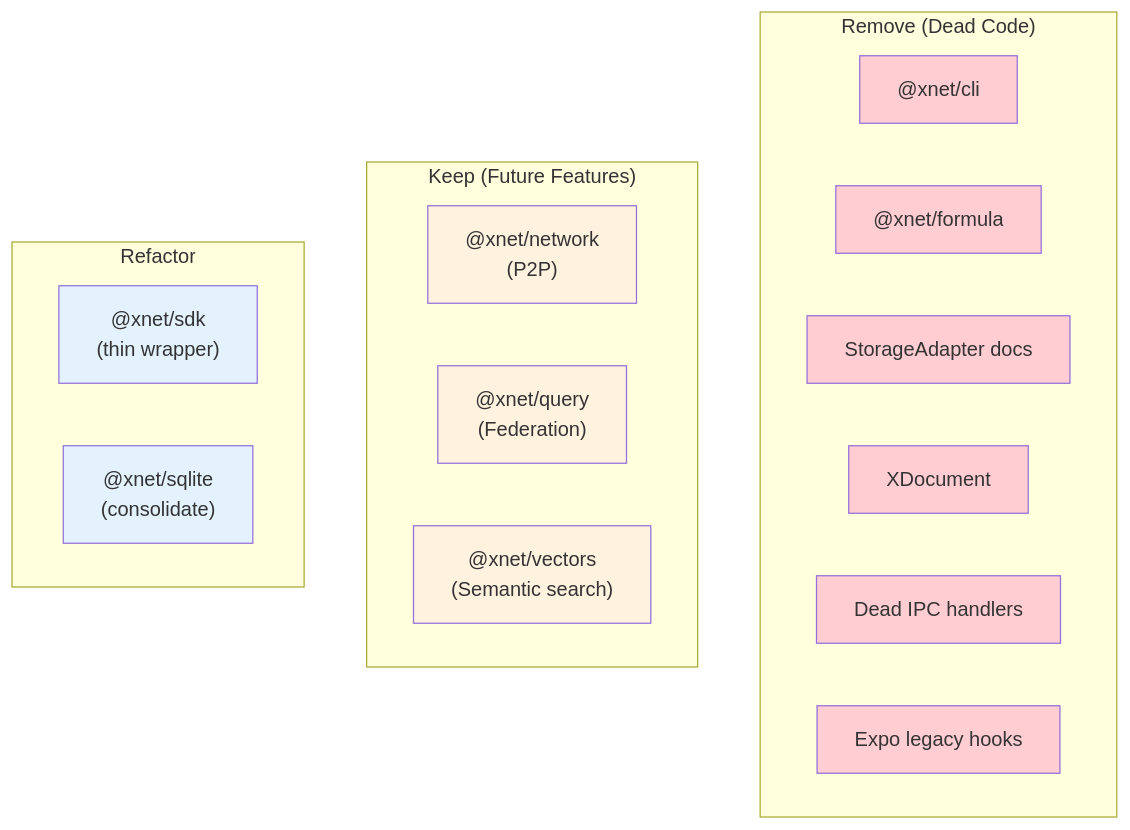
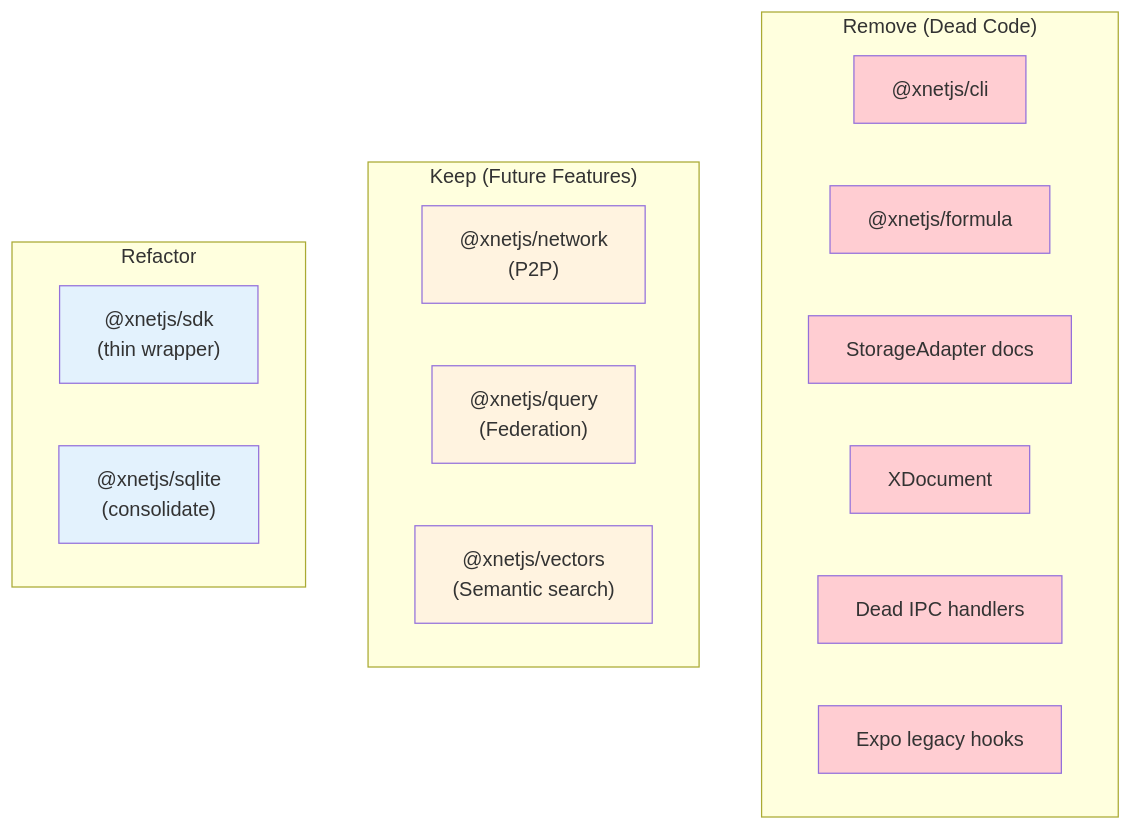
Before and after one commit to crs48/xNet: the first of 7 diagrams in docs/explorations/0073_[-]_STORAGEADAPTER_REMOVAL.md, drawn with Mermaid. The commit also changed other lines of this file and 980 other files, not shown here.

````diff
--- a/docs/explorations/0073_[-]_STORAGEADAPTER_REMOVAL.md
+++ b/docs/explorations/0073_[-]_STORAGEADAPTER_REMOVAL.md
@@ -23,34 +23,34 @@
 ```mermaid
 flowchart TB
     subgraph Remove["Remove (Dead Code)"]
-        R1["@xnet/cli"]
-        R2["@xnet/formula"]
+        R1["@xnetjs/cli"]
+        R2["@xnetjs/formula"]
         R3["StorageAdapter docs"]
         R4["XDocument"]
         R5["Dead IPC handlers"]
         R6["Expo legacy hooks"]
     end
 
     subgraph Keep["Keep (Future Features)"]
-        K1["@xnet/network<br/>(P2P)"]
-        K2["@xnet/query<br/>(Federation)"]
-        K3["@xnet/vectors<br/>(Semantic search)"]
+        K1["@xnetjs/network<br/>(P2P)"]
+        K2["@xnetjs/query<br/>(Federation)"]
+        K3["@xnetjs/vectors<br/>(Semantic search)"]
     end
 
     subgraph Refactor["Refactor"]
-        F1["@xnet/sdk<br/>(thin wrapper)"]
-        F2["@xnet/sqlite<br/>(consolidate)"]
+        F1["@xnetjs/sdk<br/>(thin wrapper)"]
+        F2["@xnetjs/sqlite<br/>(consolidate)"]
     end
 
     style R1 fill:#ffcdd2
     style R2 fill:#ffcdd2
     style R3 fill:#ffcdd2
     style R4 fill:#ffcdd2
     style R5 fill:#ffcdd2
     style R6 fill:#ffcdd2
     style K1 fill:#fff3e0
     style K2 fill:#fff3e0
     style K3 fill:#fff3e0
     style F1 fill:#e3f2fd
     style F2 fill:#e3f2fd
 ```
````
